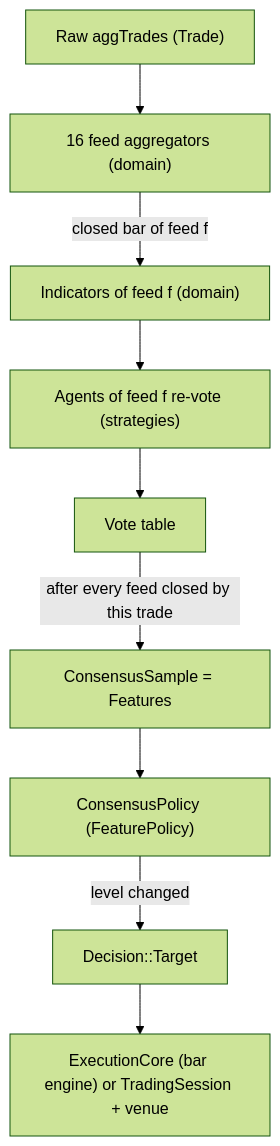
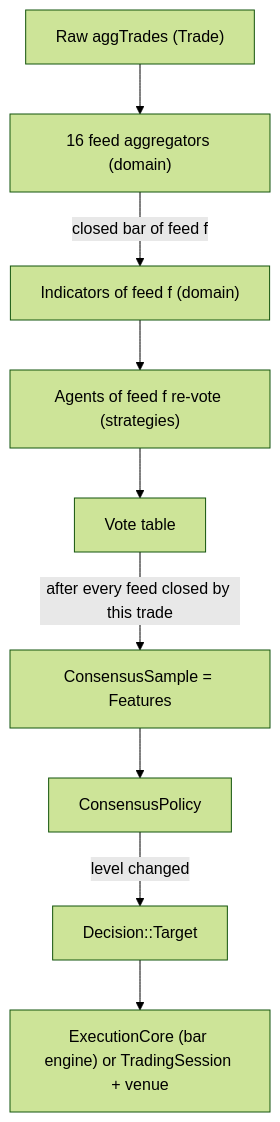
The diagram in docs/strategy/03-swarm-consensus.md (f92esmup/ATSNT), drawn with Mermaid (forest theme) before and after one commit. The commit also changed 3 other files, not shown here.

First line of the commit message:
docs(architecture): correct stale trait sketches and CUSUM status

````diff
--- a/docs/strategy/03-swarm-consensus.md
+++ b/docs/strategy/03-swarm-consensus.md
@@ -246,11 +246,11 @@
 ```mermaid
 flowchart TD
     T["Raw aggTrades (Trade)"] --> F["16 feed aggregators (domain)"]
     F -->|"closed bar of feed f"| I["Indicators of feed f (domain)"]
     I --> A["Agents of feed f re-vote (strategies)"]
     A --> V["Vote table"]
     V -->|"after every feed closed by this trade"| S["ConsensusSample = Features"]
-    S --> P["ConsensusPolicy (FeaturePolicy)"]
+    S --> P["ConsensusPolicy"]
     P -->|"level changed"| D["Decision::Target"]
     D --> X["ExecutionCore (bar engine) or TradingSession + venue"]
 ```
````
